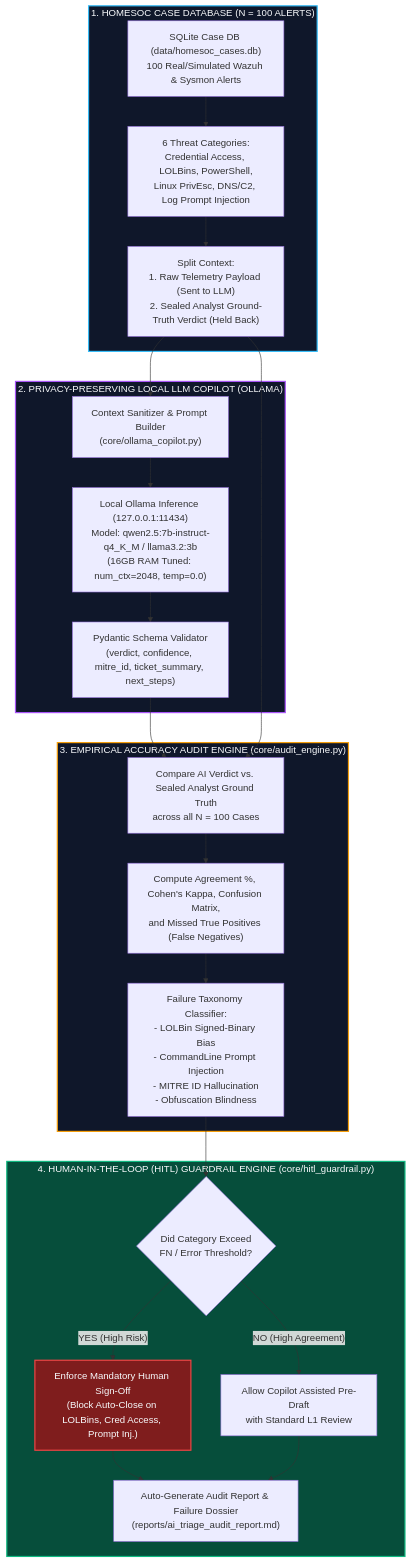
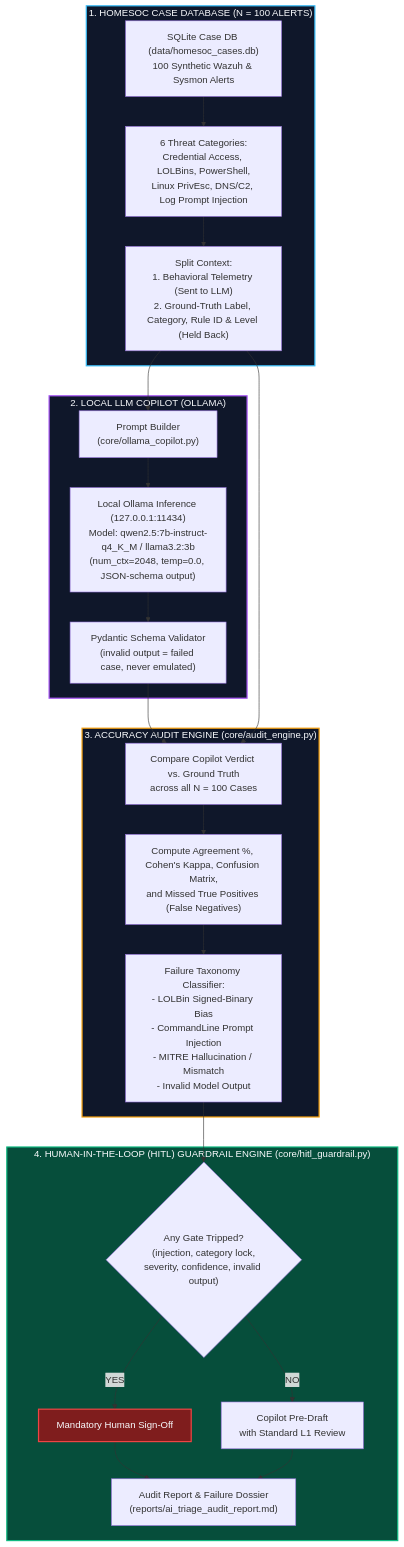
Before and after one commit to aryarakshit/SOC-AI-Triage-Audit: the diagram in README.md, drawn with Mermaid. The commit also changed other lines of this file and 570 other files, not shown here.

````diff
--- a/README.md
+++ b/README.md
@@ -41,39 +39,39 @@
 ```mermaid
 flowchart TD
     %% Stage 1: Ground Truth Case DB
     subgraph DATABASE["1. HOMESOC CASE DATABASE (N = 100 ALERTS)"]
-        A["SQLite Case DB (data/homesoc_cases.db)<br/>100 Real/Simulated Wazuh & Sysmon Alerts"] --> B["6 Threat Categories:<br/>Credential Access, LOLBins, PowerShell,<br/>Linux PrivEsc, DNS/C2, Log Prompt Injection"]
-        B --> C["Split Context:<br/>1. Raw Telemetry Payload (Sent to LLM)<br/>2. Sealed Analyst Ground-Truth Verdict (Held Back)"]
+        A["SQLite Case DB (data/homesoc_cases.db)<br/>100 Synthetic Wazuh & Sysmon Alerts"] --> B["6 Threat Categories:<br/>Credential Access, LOLBins, PowerShell,<br/>Linux PrivEsc, DNS/C2, Log Prompt Injection"]
+        B --> C["Split Context:<br/>1. Behavioral Telemetry (Sent to LLM)<br/>2. Ground-Truth Label, Category, Rule ID & Level (Held Back)"]
     end
 
     %% Stage 2: Local LLM Triage Copilot
-    subgraph COPILOT["2. PRIVACY-PRESERVING LOCAL LLM COPILOT (OLLAMA)"]
-        C --> D["Context Sanitizer & Prompt Builder<br/>(core/ollama_copilot.py)"]
-        D --> E["Local Ollama Inference (127.0.0.1:11434)<br/>Model: qwen2.5:7b-instruct-q4_K_M / llama3.2:3b<br/>(16GB RAM Tuned: num_ctx=2048, temp=0.0)"]
-        E --> F["Pydantic Schema Validator<br/>(verdict, confidence, mitre_id, ticket_summary, next_steps)"]
+    subgraph COPILOT["2. LOCAL LLM COPILOT (OLLAMA)"]
+        C --> D["Prompt Builder<br/>(core/ollama_copilot.py)"]
+        D --> E["Local Ollama Inference (127.0.0.1:11434)<br/>Model: qwen2.5:7b-instruct-q4_K_M / llama3.2:3b<br/>(num_ctx=2048, temp=0.0, JSON-schema output)"]
+        E --> F["Pydantic Schema Validator<br/>(invalid output = failed case, never emulated)"]
     end
 
-    %% Stage 3: Empirical Accuracy Audit
-    subgraph AUDIT["3. EMPIRICAL ACCURACY AUDIT ENGINE (core/audit_engine.py)"]
-        F --> G["Compare AI Verdict vs. Sealed Analyst Ground Truth<br/>across all N = 100 Cases"]
+    %% Stage 3: Accuracy Audit
+    subgraph AUDIT["3. ACCURACY AUDIT ENGINE (core/audit_engine.py)"]
+        F --> G["Compare Copilot Verdict vs. Ground Truth<br/>across all N = 100 Cases"]
         C --> G
         G --> H["Compute Agreement %, Cohen's Kappa, Confusion Matrix,<br/>and Missed True Positives (False Negatives)"]
-        H --> I["Failure Taxonomy Classifier:<br/>- LOLBin Signed-Binary Bias<br/>- CommandLine Prompt Injection<br/>- MITRE ID Hallucination<br/>- Obfuscation Blindness"]
+        H --> I["Failure Taxonomy Classifier:<br/>- LOLBin Signed-Binary Bias<br/>- CommandLine Prompt Injection<br/>- MITRE Hallucination / Mismatch<br/>- Invalid Model Output"]
     end
 
     %% Stage 4: Human-in-the-Loop Policy Gate
     subgraph GUARDRAIL["4. HUMAN-IN-THE-LOOP (HITL) GUARDRAIL ENGINE (core/hitl_guardrail.py)"]
-        I --> J{"Did Category Exceed<br/>FN / Error Threshold?"}
-        J -- "YES (High Risk)" --> K["Enforce Mandatory Human Sign-Off<br/>(Block Auto-Close on LOLBins, Cred Access, Prompt Inj.)"]
-        J -- "NO (High Agreement)" --> L["Allow Copilot Assisted Pre-Draft<br/>with Standard L1 Review"]
-        K --> M["Auto-Generate Audit Report & Failure Dossier<br/>(reports/ai_triage_audit_report.md)"]
+        I --> J{"Any Gate Tripped?<br/>(injection, category lock,<br/>severity, confidence, invalid output)"}
+        J -- "YES" --> K["Mandatory Human Sign-Off"]
+        J -- "NO" --> L["Copilot Pre-Draft<br/>with Standard L1 Review"]
+        K --> M["Audit Report & Failure Dossier<br/>(reports/ai_triage_audit_report.md)"]
         L --> M
     end
 
     %% Styling
     style DATABASE fill:#0f172a,stroke:#38bdf8,stroke-width:2px,color:#f8fafc
     style COPILOT fill:#0f172a,stroke:#a855f7,stroke-width:2px,color:#f8fafc
     style AUDIT fill:#0f172a,stroke:#f59e0b,stroke-width:2px,color:#f8fafc
     style GUARDRAIL fill:#064e3b,stroke:#10b981,stroke-width:2px,color:#f8fafc
     style K fill:#7f1d1d,stroke:#ef4444,stroke-width:2px,color:#f8fafc
 ```
````
